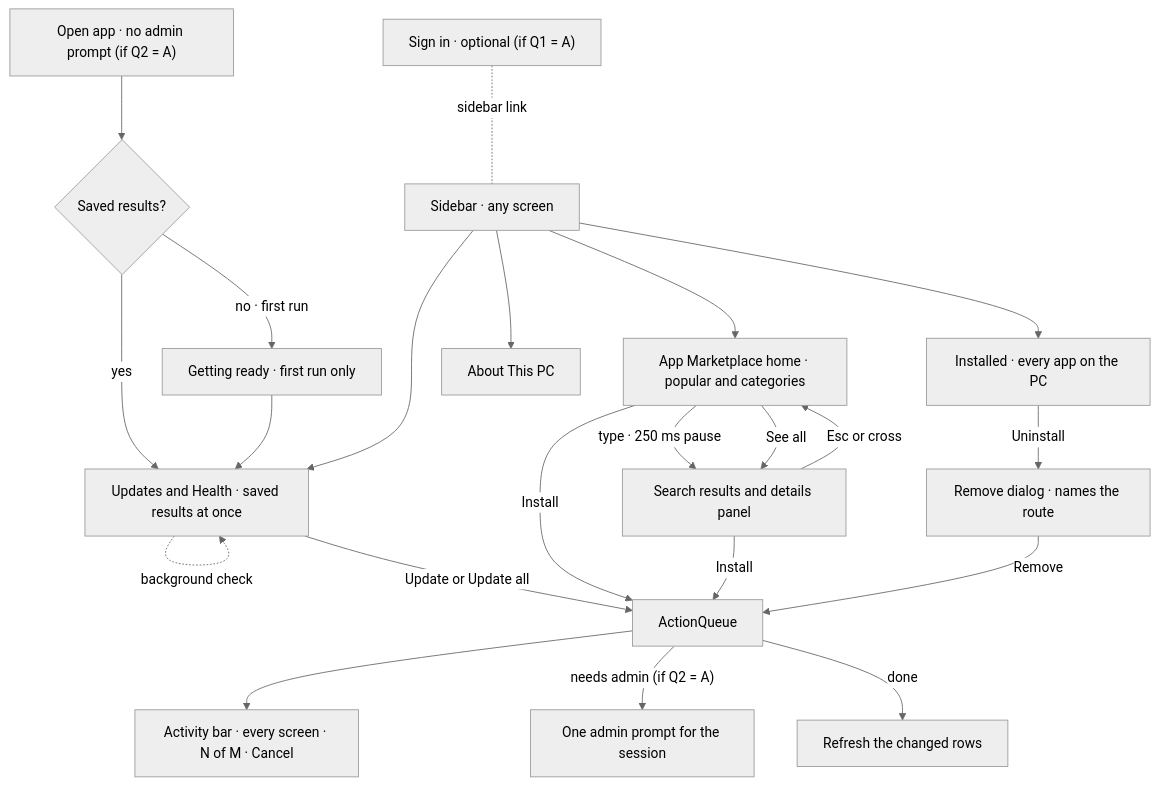
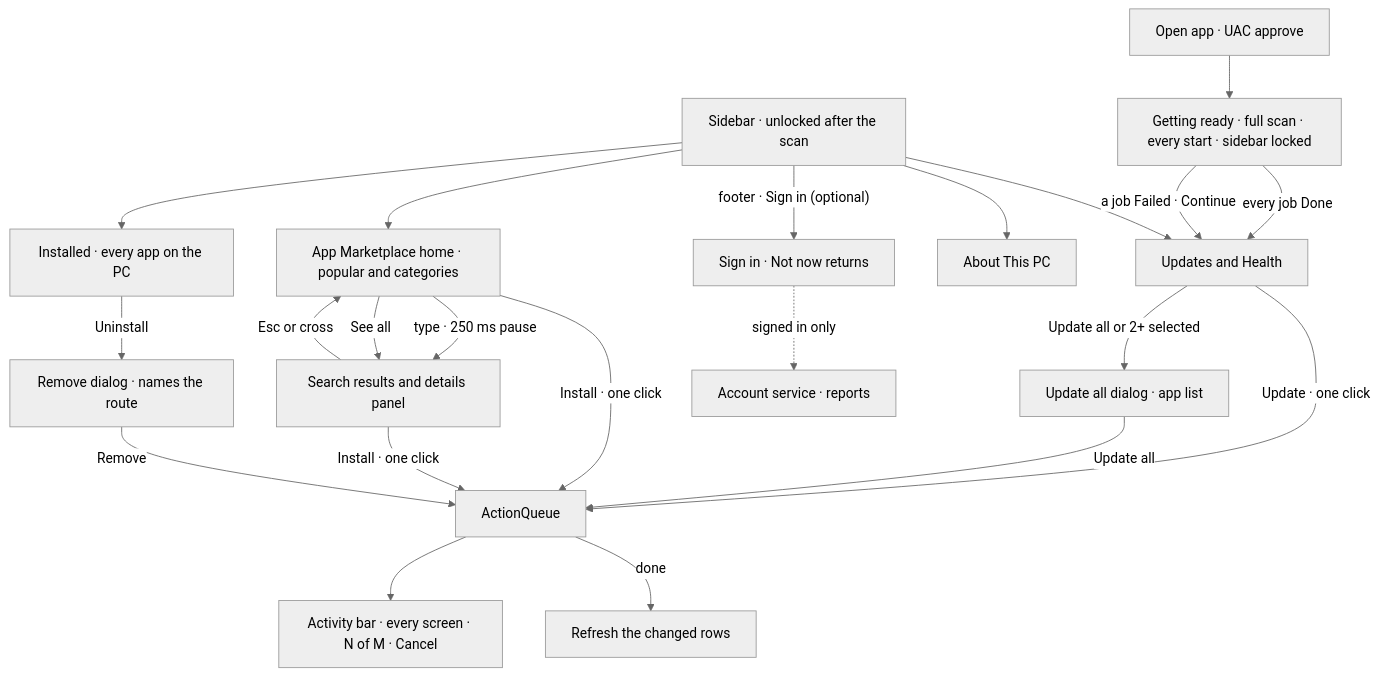
Before and after one commit to merchanthasan2/AudoChocolatey: the sixth of 7 diagrams in docs/ARCHITECTURE.md, drawn with Mermaid (neutral theme). The commit also changed other lines of this file and 4 other files, not shown here.

Commit message:
docs: Phase 46 plan per ADR 049, scan mockup, COM spike run 2

````diff
--- a/docs/ARCHITECTURE.md
+++ b/docs/ARCHITECTURE.md
@@ -201,24 +260,24 @@
 ```mermaid
 flowchart TD
-  open["Open app · no admin prompt (if Q2 = A)"] --> saved{"Saved results?"}
-  saved -- "no · first run" --> ready["Getting ready · first run only"]
-  saved -- yes --> updates["Updates and Health · saved results at once"]
-  ready --> updates
-  updates -. "background check" .-> updates
-  nav["Sidebar · any screen"] --> updates
+  open["Open app · UAC approve"] --> ready["Getting ready · full scan · every start · sidebar locked"]
+  ready -- "every job Done" --> updates["Updates and Health"]
+  ready -- "a job Failed · Continue" --> updates
+  nav["Sidebar · unlocked after the scan"] --> updates
   nav --> market["App Marketplace home · popular and categories"]
   nav --> installed["Installed · every app on the PC"]
   nav --> about["About This PC"]
+  nav -- "footer · Sign in (optional)" --> signin["Sign in · Not now returns"]
   market -- "type · 250 ms pause" --> results["Search results and details panel"]
   market -- "See all" --> results
   results -- "Esc or cross" --> market
-  updates -- "Update or Update all" --> queue["ActionQueue"]
-  market -- Install --> queue
-  results -- Install --> queue
+  updates -- "Update · one click" --> queue["ActionQueue"]
+  updates -- "Update all or 2+ selected" --> dlgall["Update all dialog · app list"]
+  dlgall -- "Update all" --> queue
+  market -- "Install · one click" --> queue
+  results -- "Install · one click" --> queue
   installed -- Uninstall --> dialog["Remove dialog · names the route"]
   dialog -- Remove --> queue
   queue --> bar["Activity bar · every screen · N of M · Cancel"]
-  queue -- "needs admin (if Q2 = A)" --> uac["One admin prompt for the session"]
   queue -- "done" --> refresh["Refresh the changed rows"]
-  signin["Sign in · optional (if Q1 = A)"] -. "sidebar link" .- nav
+  signin -. "signed in only" .-> account["Account service · reports"]
 ```
````
